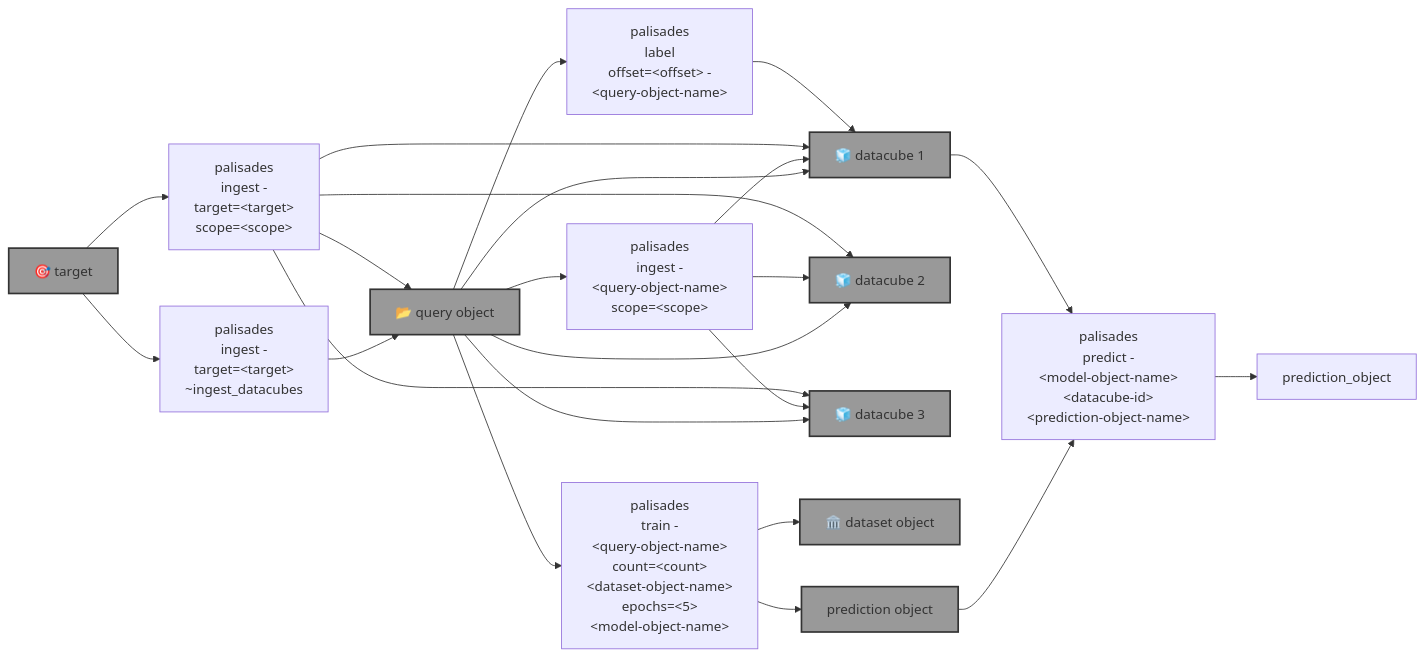
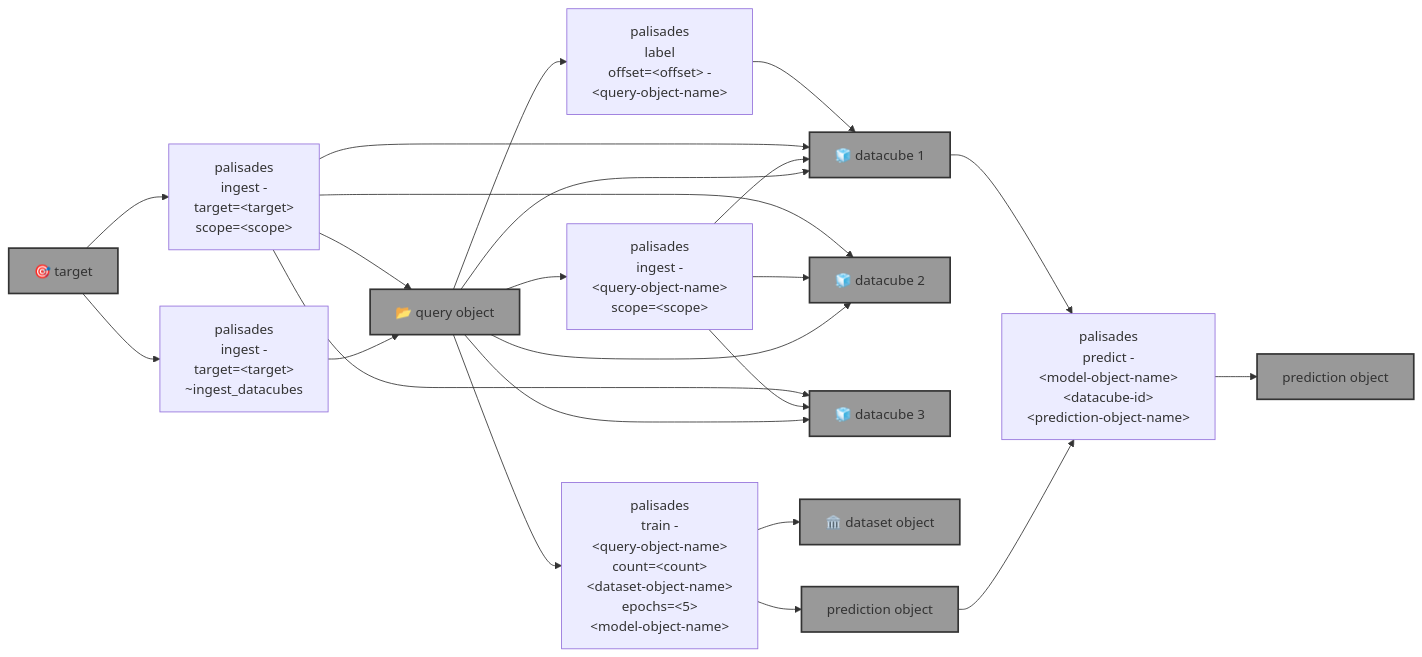
One commit to kamangir/blue-sandbox changed the diagram in blue_sandbox/palisades/README.md. Above: the diagram before and after it, drawn with Mermaid. The commit also changed 3 other files, not shown here.

````diff
--- a/blue_sandbox/palisades/README.md
+++ b/blue_sandbox/palisades/README.md
@@ -5,54 +5,55 @@
 ```mermaid
 graph LR
     palisades_ingest_query_ingest["palisades<br>ingest -<br>&lt;query-object-name&gt;<br>scope=&lt;scope&gt;"]
 
     palisades_ingest_target["palisades<br>ingest -<br>target=&lt;target&gt;<br>~ingest_datacubes"]
 
     palisades_ingest_target_ingest["palisades<br>ingest -<br>target=&lt;target&gt;<br>scope=&lt;scope&gt;"]
 
     palisades_label["palisades<br>label<br>offset=&lt;offset&gt; -<br>&lt;query-object-name&gt;"]
 
     palisades_train["palisades<br>train -<br>&lt;query-object-name&gt;<br>count=&lt;count&gt;<br>&lt;dataset-object-name&gt;<br>epochs=&lt;5&gt;<br>&lt;model-object-name&gt;"]
 
     palisades_predict["palisades<br>predict -<br>&lt;model-object-name&gt;<br>&lt;datacube-id&gt;<br>&lt;prediction-object-name&gt;"]
 
     target["🎯 target"]:::folder
     query_object["📂 query object"]:::folder
     datacube_1["🧊 datacube 1"]:::folder
     datacube_2["🧊 datacube 2"]:::folder
     datacube_3["🧊 datacube 3"]:::folder
     dataset_object["🏛️ dataset object"]:::folder
     model_object["🏛️ model object"]:::folder
     model_object["prediction object"]:::folder
+    prediction_object["prediction object"]:::folder
 
     query_object --> datacube_1
     query_object --> datacube_2
     query_object --> datacube_3
 
     query_object --> palisades_ingest_query_ingest
     palisades_ingest_query_ingest --> datacube_1
     palisades_ingest_query_ingest --> datacube_2
     palisades_ingest_query_ingest --> datacube_3
 
     target --> palisades_ingest_target
     palisades_ingest_target --> query_object
 
     target --> palisades_ingest_target_ingest
     palisades_ingest_target_ingest --> query_object
     palisades_ingest_target_ingest --> datacube_1
     palisades_ingest_target_ingest --> datacube_2
     palisades_ingest_target_ingest --> datacube_3
 
     query_object --> palisades_label
     palisades_label --> datacube_1
 
     query_object --> palisades_train
     palisades_train --> dataset_object
     palisades_train --> model_object
 
     model_object --> palisades_predict
     datacube_1 --> palisades_predict
     palisades_predict --> prediction_object
 
     classDef folder fill:#999,stroke:#333,stroke-width:2px;
 ```
````
